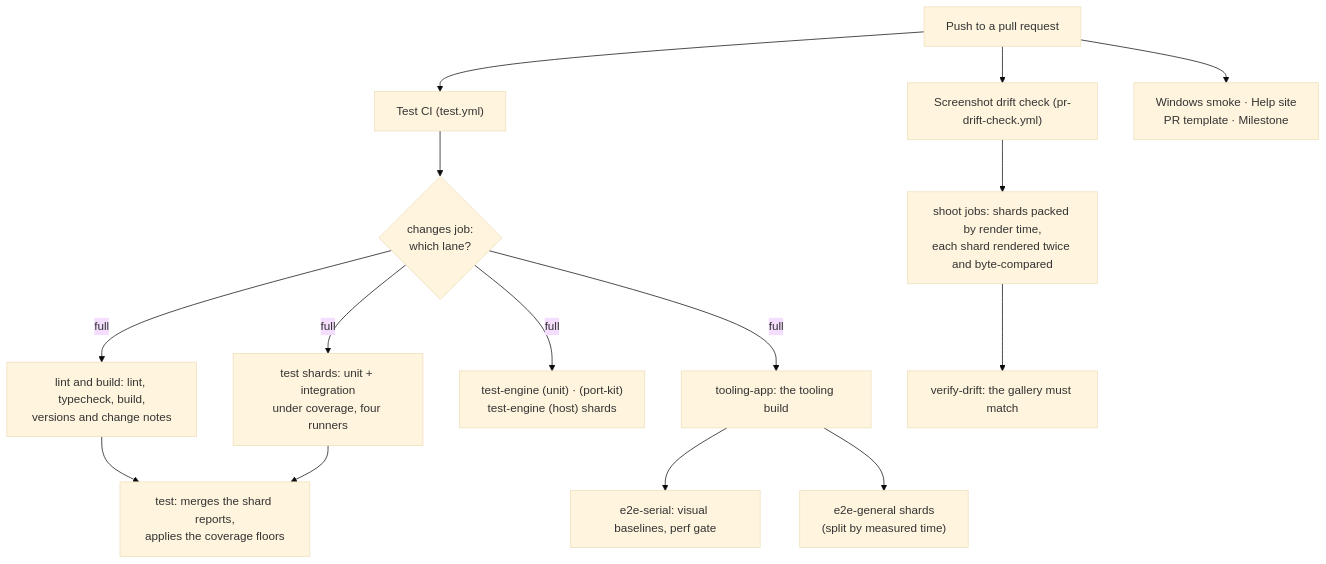
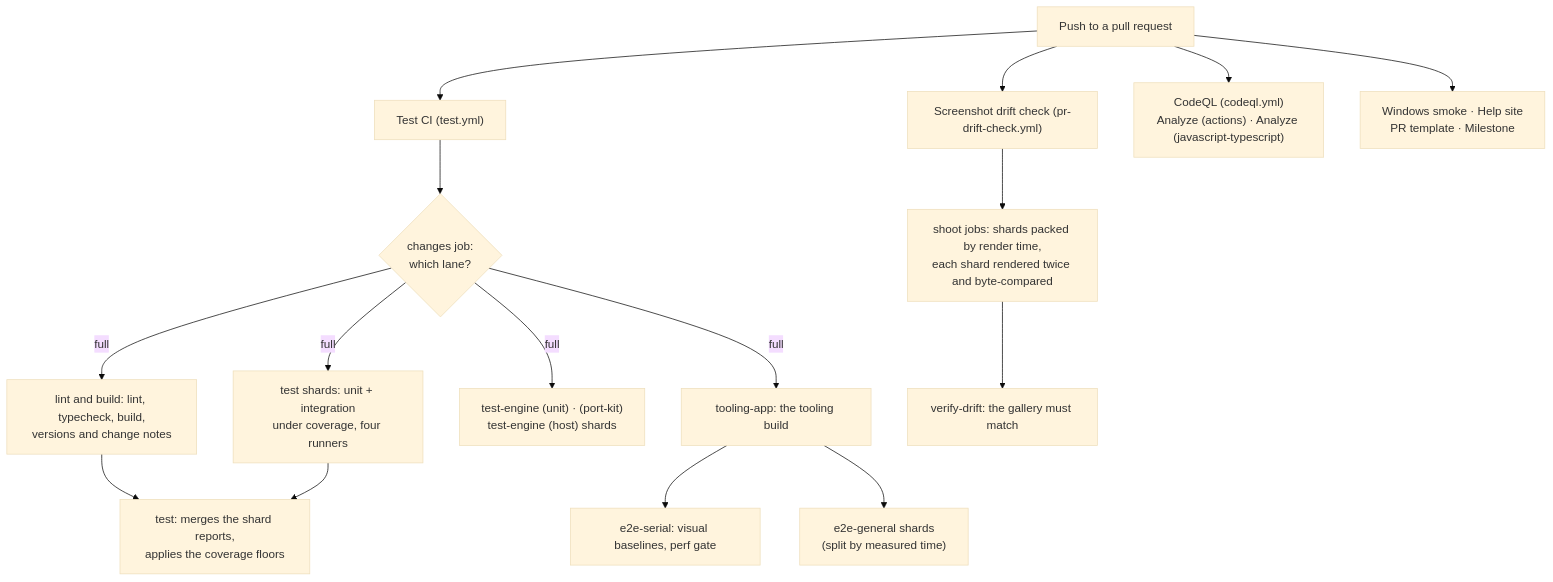
Before and after one commit to maniator/verticopolis: the first of 2 diagrams in docs/ci/pipeline.md, drawn with Mermaid (base theme). The commit also changed other lines of this file and 1 other file, not shown here.

First line of the commit message:
Add a CodeQL workflow with the engine's and components' shape

````diff
--- a/docs/ci/pipeline.md
+++ b/docs/ci/pipeline.md
@@ -10,18 +10,19 @@
 ```mermaid
 flowchart TD
     PR["Push to a pull request"] --> Test["Test CI (test.yml)"]
     PR --> Drift["Screenshot drift check (pr-drift-check.yml)"]
+    PR --> CodeQL["CodeQL (codeql.yml)<br/>Analyze (actions) · Analyze (javascript-typescript)"]
     PR --> Other["Windows smoke · Help site<br/>PR template · Milestone"]
 
     Test --> Lane{"changes job:<br/>which lane?"}
     Lane -->|full| Lint["lint and build: lint, typecheck, build,<br/>versions and change notes"]
     Lane -->|full| Shards["test shards: unit + integration<br/>under coverage, four runners"]
     Lint --> Fast["test: merges the shard reports,<br/>applies the coverage floors"]
     Shards --> Fast
     Lane -->|full| EngineLegs["test-engine (unit) · (port-kit)<br/>test-engine (host) shards"]
     Lane -->|full| Tooling["tooling-app: the tooling build"]
     Tooling --> E2E["e2e-serial: visual baselines, perf gate"]
     Tooling --> E2EG["e2e-general shards<br/>(split by measured time)"]
     Drift --> Shoot["shoot jobs: shards packed by render time,<br/>each shard rendered twice and byte-compared"]
     Shoot --> Verify["verify-drift: the gallery must match"]
 ```
````
